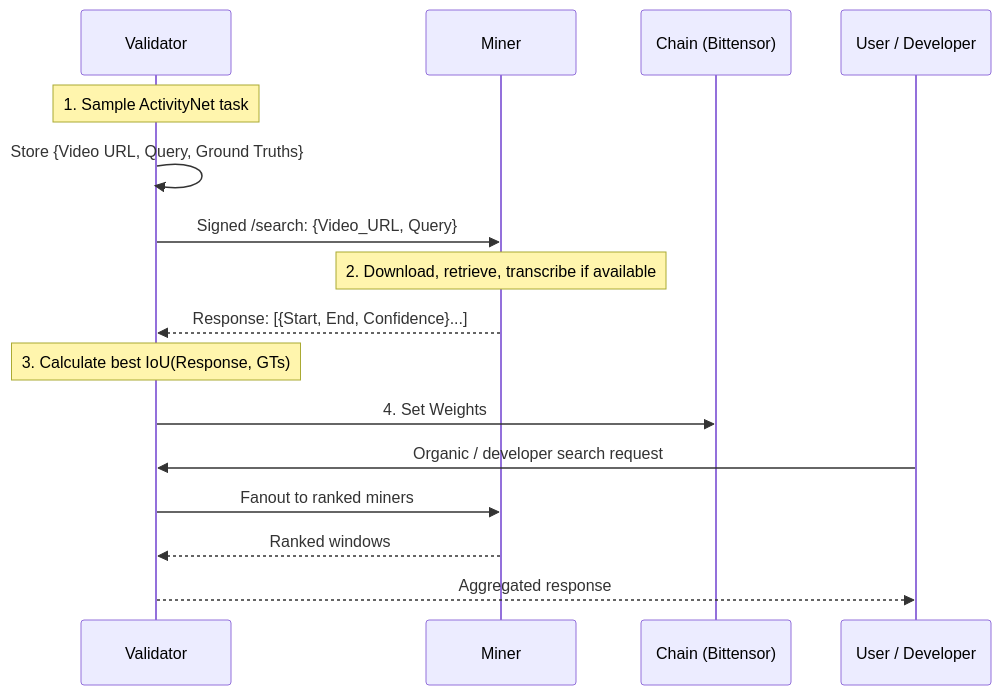
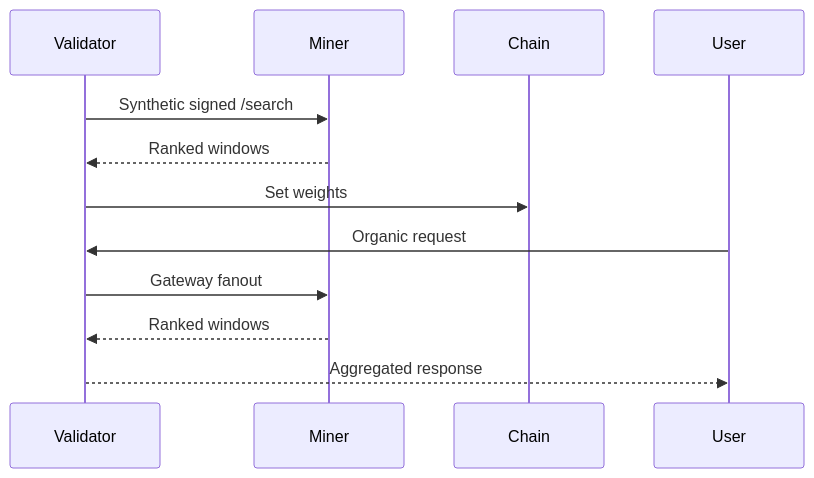
Before and after one commit to chronoseek/bittensor-subnet: the first of 2 diagrams in docs/DESIGN.md, drawn with Mermaid. The commit also changed other lines of this file and 4 other files, not shown here.

````diff
--- a/docs/DESIGN.md
+++ b/docs/DESIGN.md
@@ -40,22 +83,16 @@
 ```mermaid
 sequenceDiagram
     participant V as Validator
     participant M as Miner
-    participant C as Chain (Bittensor)
-    participant U as User / Developer
+    participant C as Chain
+    participant U as User
 
-    Note over V: 1. Sample ActivityNet task
-    V->>V: Store {Video URL, Query, Ground Truths}
+    V->>M: Synthetic signed /search
+    M-->>V: Ranked windows
+    V->>C: Set weights
 
-    V->>M: Signed /search: {Video_URL, Query}
-    Note over M: 2. Download, retrieve, transcribe if available
-    M-->>V: Response: [{Start, End, Confidence}...]
-
-    Note over V: 3. Calculate best IoU(Response, GTs)
-    V->>C: 4. Set Weights
-
-    U->>V: Organic / developer search request
-    V->>M: Fanout to ranked miners
+    U->>V: Organic request
+    V->>M: Gateway fanout
     M-->>V: Ranked windows
     V-->>U: Aggregated response
 ```
````
